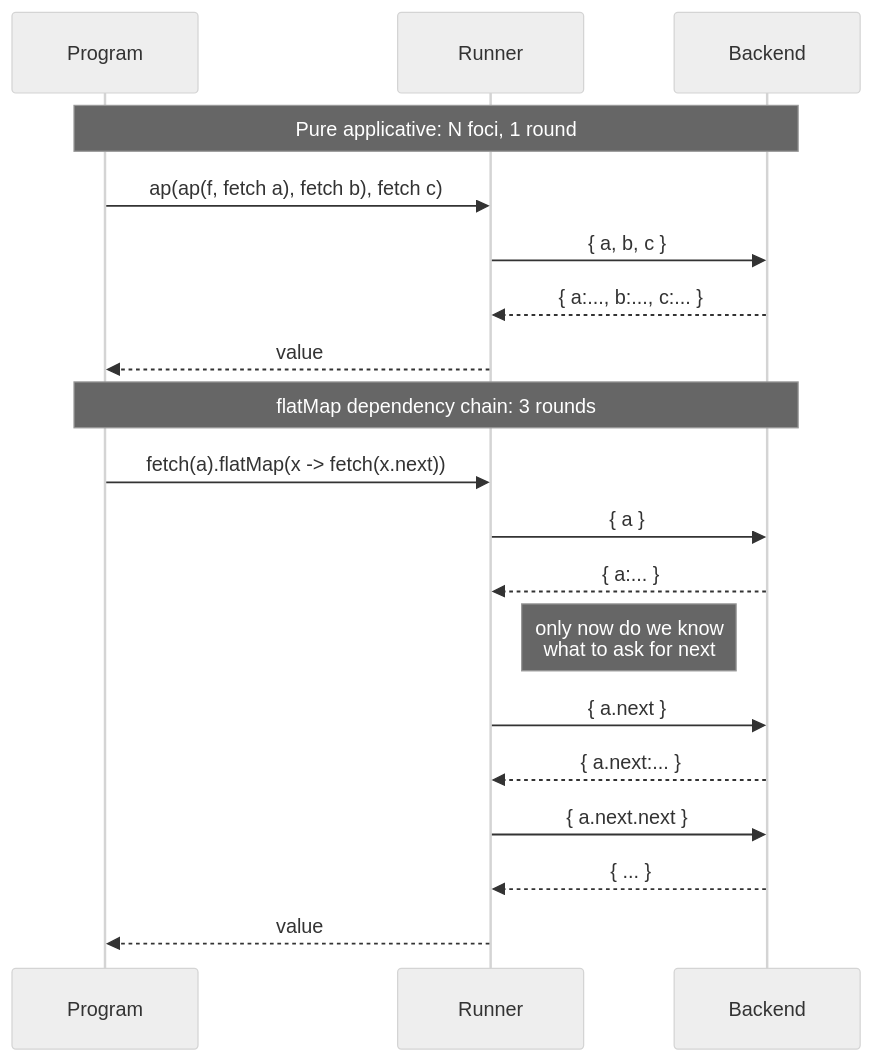
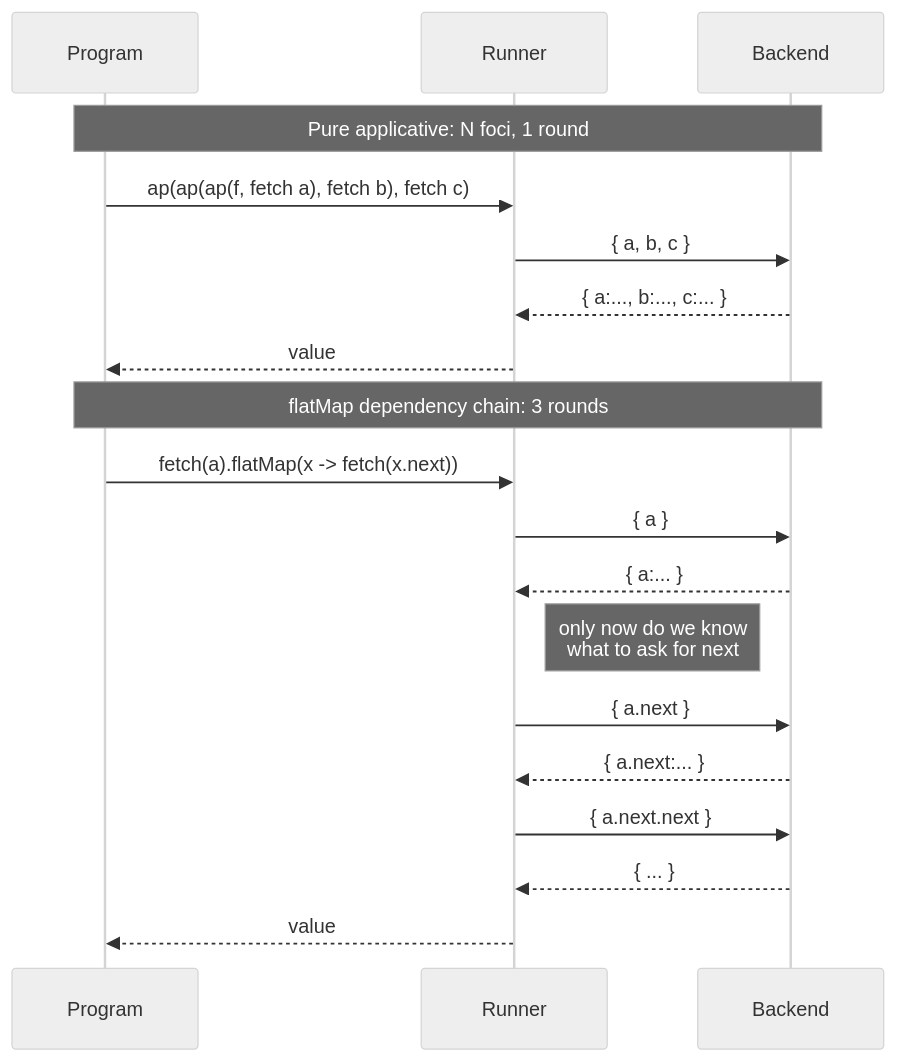
Before and after one commit to higher-kinded-j/higher-kinded-j: the third of 3 diagrams in hkj-book/src/optics/optic_batching.md, drawn with Mermaid (neutral theme). The commit also changed other lines of this file and 4 other files, not shown here.

````diff
--- a/hkj-book/src/optics/optic_batching.md
+++ b/hkj-book/src/optics/optic_batching.md
@@ -193,23 +193,23 @@
 ```mermaid
 sequenceDiagram
     participant P as Program
     participant R as Runner
     participant B as Backend
 
     Note over P,B: Pure applicative: N foci, 1 round
-    P->>R: ap(ap(f, fetch a), fetch b), fetch c)
+    P->>R: ap(ap(ap(f, fetch a), fetch b), fetch c)
     R->>B: { a, b, c }
     B-->>R: { a:..., b:..., c:... }
     R-->>P: value
 
     Note over P,B: flatMap dependency chain: 3 rounds
     P->>R: fetch(a).flatMap(x -> fetch(x.next))
     R->>B: { a }
     B-->>R: { a:... }
     Note right of R: only now do we know<br/>what to ask for next
     R->>B: { a.next }
     B-->>R: { a.next:... }
     R->>B: { a.next.next }
     B-->>R: { ... }
     R-->>P: value
 ```
````
